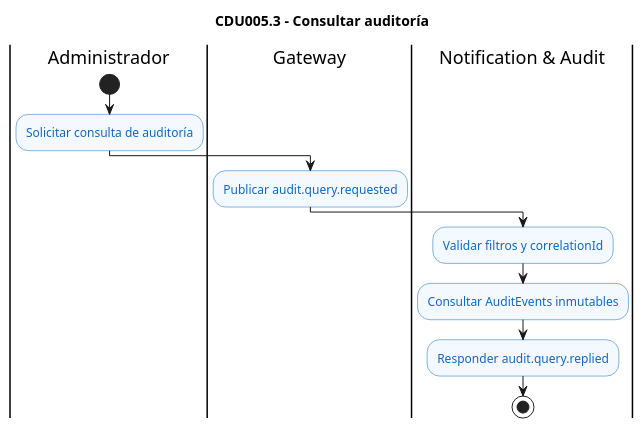
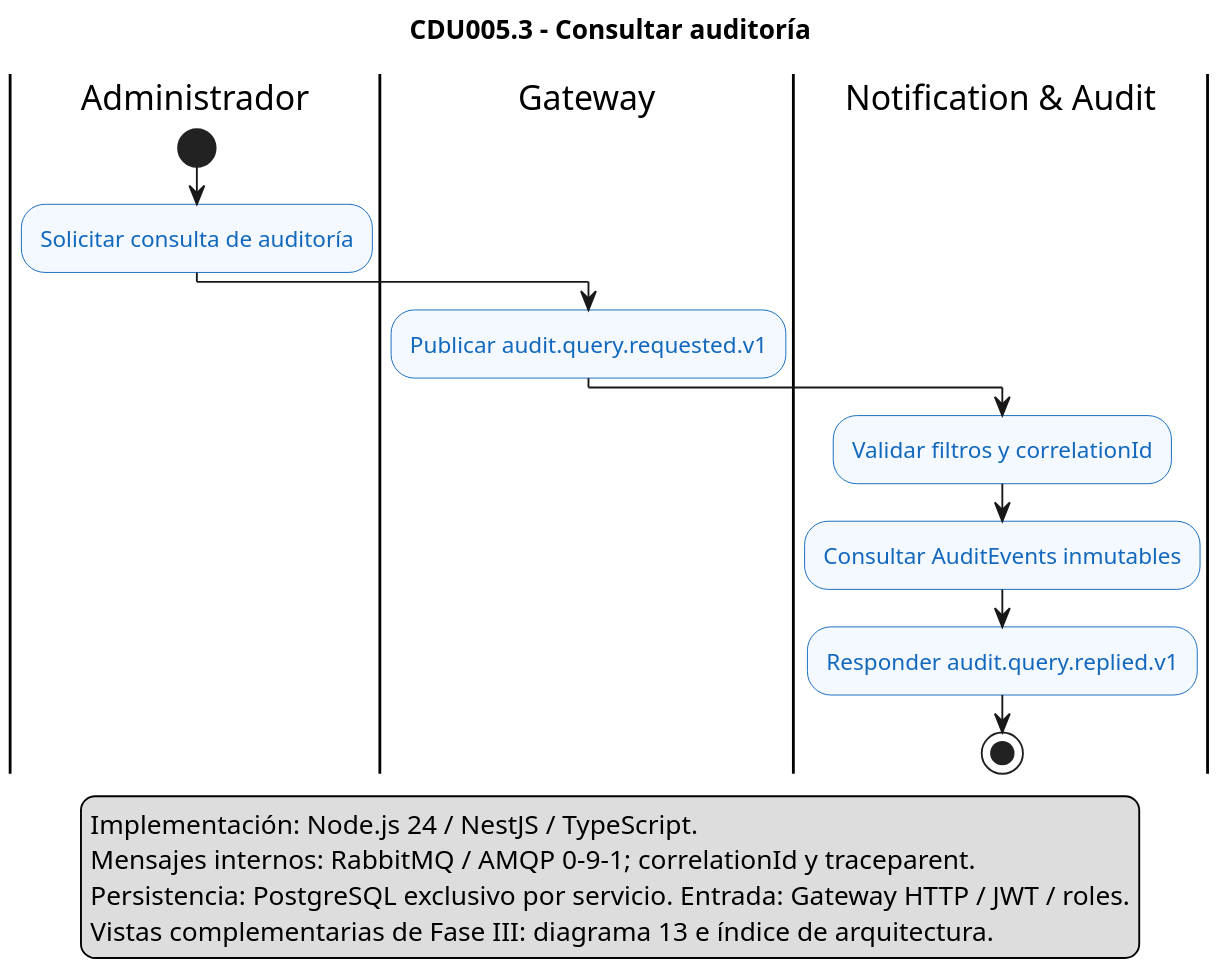
One commit to marcosbondel/Proyecto-SA-B-2 changed the diagram in docs/architecture/diagrams/cdu/notification-audit/flujos/CDU005.3-consultar-auditoria.puml. Above: the diagram before and after it, drawn with PlantUML. The commit also changed 74 other files, not shown here.

Commit message:
docs(cdu-er): actualizar casos de uso UML nativos, flujos de negocio y modelos ER fisicos

```diff
--- a/docs/architecture/diagrams/cdu/notification-audit/flujos/CDU005.3-consultar-auditoria.puml
+++ b/docs/architecture/diagrams/cdu/notification-audit/flujos/CDU005.3-consultar-auditoria.puml
@@ -1,21 +1,28 @@
 @startuml CDU005.3-consultar-auditoria
 title CDU005.3 - Consultar auditoría
 
 skinparam shadowing false
+skinparam dpi 180
 skinparam activity {
     BackgroundColor #F4F8FF
     BorderColor #1168BD
     FontColor #1168BD
 }
 
 |Administrador|
 start
 :Solicitar consulta de auditoría;
 |Gateway|
-:Publicar audit.query.requested;
+:Publicar audit.query.requested.v1;
 |Notification & Audit|
 :Validar filtros y correlationId;
 :Consultar AuditEvents inmutables;
-:Responder audit.query.replied;
+:Responder audit.query.replied.v1;
 stop
+legend bottom
+  Implementación: Node.js 24 / NestJS / TypeScript.
+  Mensajes internos: RabbitMQ / AMQP 0-9-1; correlationId y traceparent.
+  Persistencia: PostgreSQL exclusivo por servicio. Entrada: Gateway HTTP / JWT / roles.
+  Vistas complementarias de Fase III: diagrama 13 e índice de arquitectura.
+endlegend
 @enduml
```
